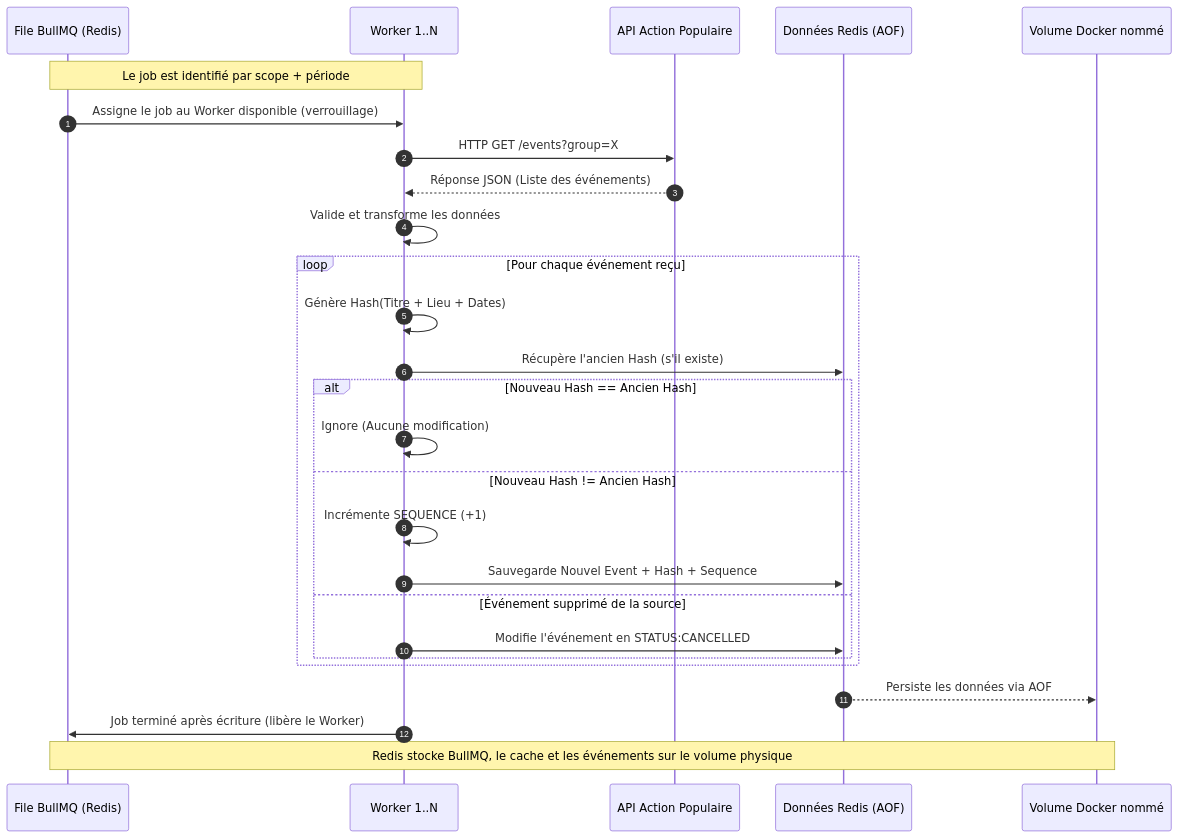
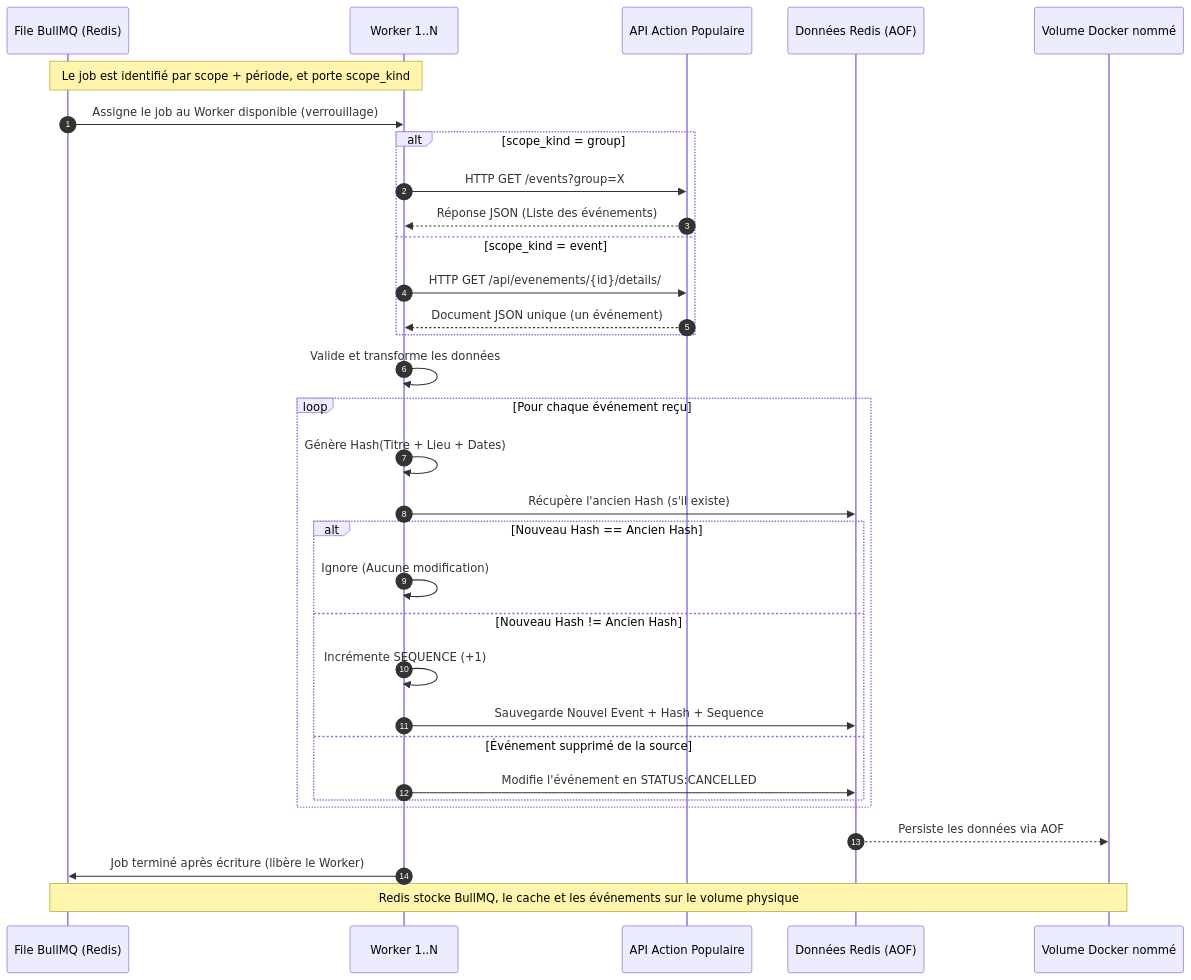
One commit to Bigchef-dev/actionpop-calendar changed the diagram in docs/worker.mmd. Above: the diagram before and after it, drawn with Mermaid. The commit also changed 82 other files, not shown here.

Commit message:
scope in event ingester

```diff
--- a/docs/worker.mmd
+++ b/docs/worker.mmd
@@ -1,33 +1,38 @@
 sequenceDiagram
     autonumber
     participant Q as File BullMQ (Redis)
     participant W as Worker 1..N
     participant AP as API Action Populaire
     participant R as Données Redis (AOF)
     participant V as Volume Docker nommé
 
-    Note over Q,W: Le job est identifié par scope + période
+    Note over Q,W: Le job est identifié par scope + période, et porte scope_kind
     Q->>W: Assigne le job au Worker disponible (verrouillage)
-    
-    W->>AP: HTTP GET /events?group=X
-    AP-->>W: Réponse JSON (Liste des événements)
+
+    alt scope_kind = group
+        W->>AP: HTTP GET /events?group=X
+        AP-->>W: Réponse JSON (Liste des événements)
+    else scope_kind = event
+        W->>AP: HTTP GET /api/evenements/{id}/details/
+        AP-->>W: Document JSON unique (un événement)
+    end
 
     W->>W: Valide et transforme les données
     
     loop Pour chaque événement reçu
         W->>W: Génère Hash(Titre + Lieu + Dates)
         W->>R: Récupère l'ancien Hash (s'il existe)
         
         alt Nouveau Hash == Ancien Hash
             W->>W: Ignore (Aucune modification)
         else Nouveau Hash != Ancien Hash
             W->>W: Incrémente SEQUENCE (+1)
             W->>R: Sauvegarde Nouvel Event + Hash + Sequence
         else Événement supprimé de la source
             W->>R: Modifie l'événement en STATUS:CANCELLED
         end
     end
     R-->>V: Persiste les données via AOF
     W->>Q: Job terminé après écriture (libère le Worker)
 
     Note over Q,V: Redis stocke BullMQ, le cache et les événements sur le volume physique
```
